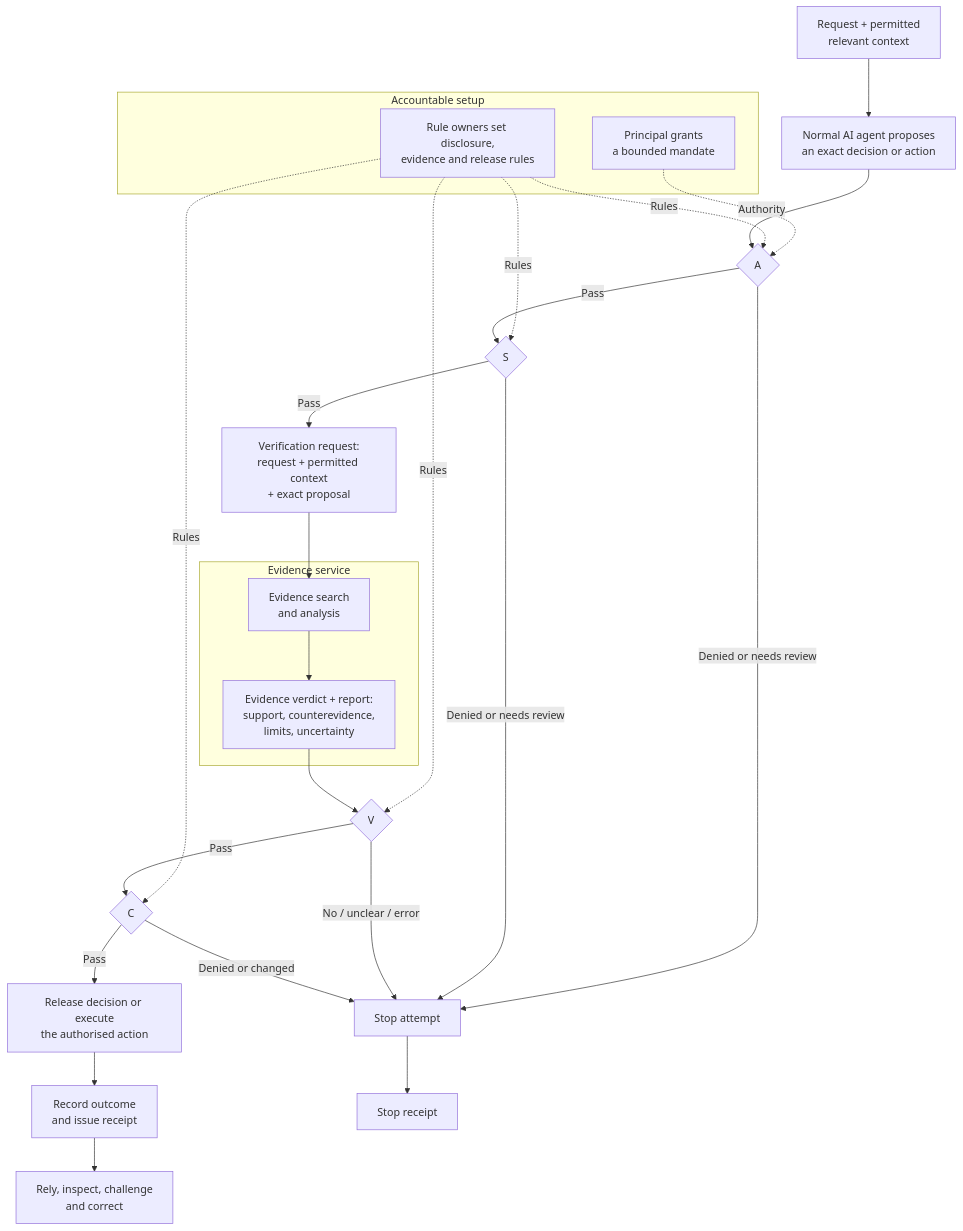
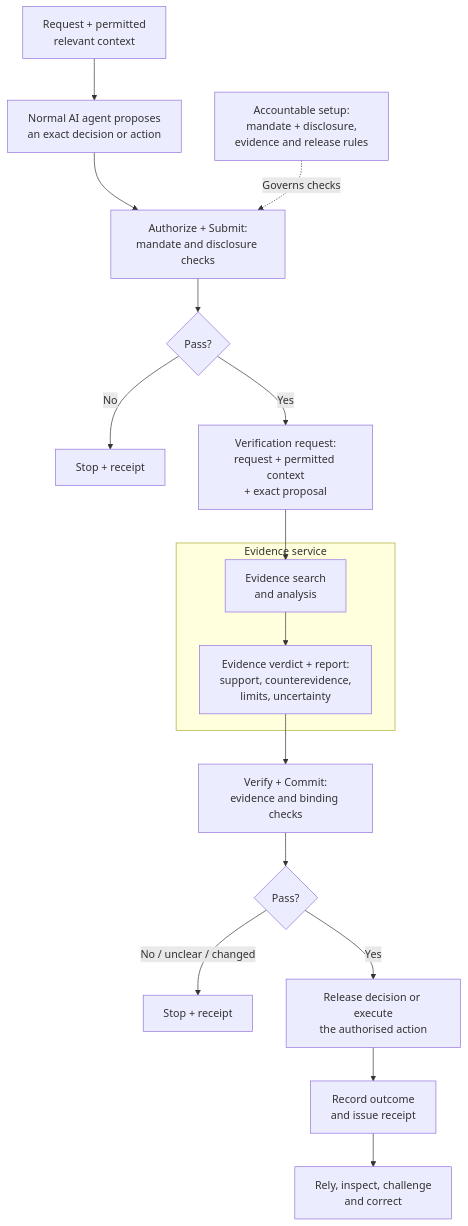
The first of 2 diagrams in docs/Assurance/Concepts/evidence-gated-agents.md (robertschaub/our-ai-charter), drawn with Mermaid before and after one commit. The commit also changed other lines of this file, not shown here.

Commit message:
docs(ega): simplify diagram decision flow

````diff
--- a/docs/Assurance/Concepts/evidence-gated-agents.md
+++ b/docs/Assurance/Concepts/evidence-gated-agents.md
@@ -58,30 +56,20 @@
 ```mermaid
 flowchart TD
-    subgraph I["Accountable setup"]
-        M["Principal grants<br/>a bounded mandate"]
-        P["Rule owners set disclosure,<br/>evidence and release rules"]
-    end
-    M -. Authority .-> AU
-    P -. Rules .-> AU
-    P -. Rules .-> SU
-    P -. Rules .-> V
-    P -. Rules .-> C
+    SET["Accountable setup:<br/>mandate + disclosure,<br/>evidence and release rules"]
     U["Request + permitted<br/>relevant context"] --> A["Normal AI agent proposes<br/>an exact decision or action"]
-    A --> AU{"A"}
-    AU -->|Pass| SU{"S"}
-    SU -->|Pass| Q["Verification request:<br/>request + permitted context<br/>+ exact proposal"]
+    A --> PRE["Authorize + Submit:<br/>mandate and disclosure checks"]
+    SET -. Governs checks .-> PRE
+    PRE --> P{"Pass?"}
+    P -->|No| N1["Stop + receipt"]
+    P -->|Yes| Q["Verification request:<br/>request + permitted context<br/>+ exact proposal"]
     subgraph ES["Evidence service"]
         SEA["Evidence search<br/>and analysis"] --> VR["Evidence verdict + report:<br/>support, counterevidence,<br/>limits, uncertainty"]
     end
     Q --> SEA
-    VR --> V{"V"}
-    V -->|Pass| C{"C"}
-    C -->|Pass| O["Release decision or execute<br/>the authorised action"]
+    VR --> POST["Verify + Commit:<br/>evidence and binding checks"]
+    POST --> D{"Pass?"}
+    D -->|No / unclear / changed| N2["Stop + receipt"]
+    D -->|Yes| O["Release decision or execute<br/>the authorised action"]
     O --> R["Record outcome<br/>and issue receipt"]
     R --> Y["Rely, inspect, challenge<br/>and correct"]
-    AU -->|Denied or needs review| N["Stop attempt"]
-    SU -->|Denied or needs review| N
-    V -->|No / unclear / error| N
-    C -->|Denied or changed| N
-    N --> NR["Stop receipt"]
 ```
````
